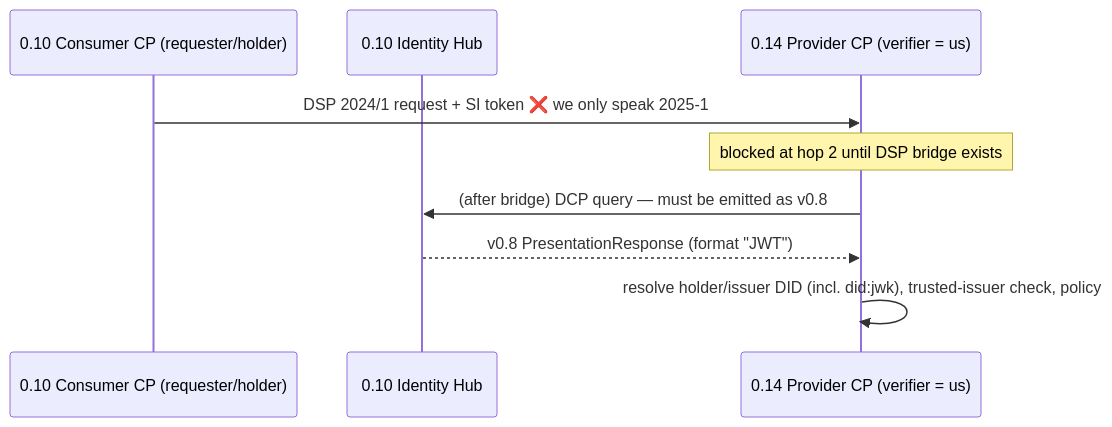
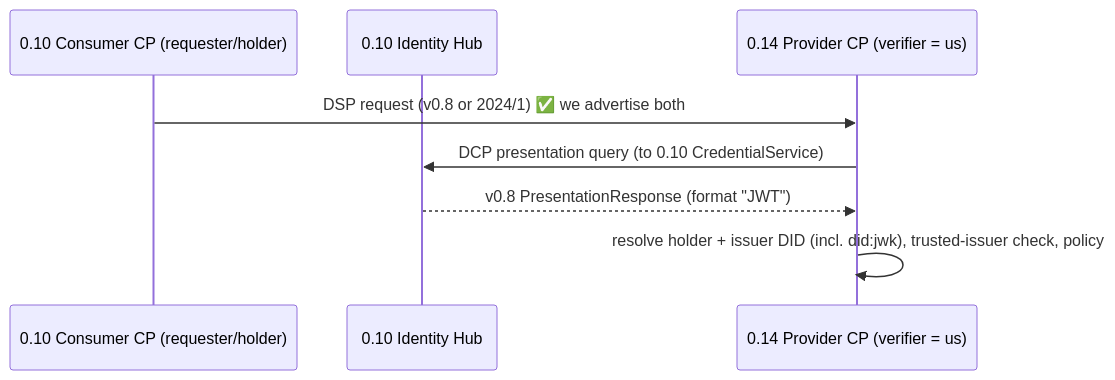
The second of 3 diagrams in docs/interop/edc-0.10-to-0.14-credential-validation.md (Eona-X/dataspace-ecosystem), drawn with Mermaid before and after one commit. The commit also changed other lines of this file, not shown here.

First line of the commit message:
docs: correct DSP-version finding — 0.14 ships v0.8+2024/1+2025-1

````diff
--- a/docs/interop/edc-0.10-to-0.14-credential-validation.md
+++ b/docs/interop/edc-0.10-to-0.14-credential-validation.md
@@ -83,12 +107,11 @@
 ```mermaid
 sequenceDiagram
     participant C10 as 0.10 Consumer CP (requester/holder)
     participant C10IH as 0.10 Identity Hub
     participant P14 as 0.14 Provider CP (verifier = us)
 
-    C10->>P14: DSP 2024/1 request + SI token   ❌ we only speak 2025-1
-    Note over P14: blocked at hop 2 until DSP bridge exists
-    P14->>C10IH: (after bridge) DCP query — must be emitted as v0.8
+    C10->>P14: DSP request (v0.8 or 2024/1)   ✅ we advertise both
+    P14->>C10IH: DCP presentation query (to 0.10 CredentialService)
     C10IH-->>P14: v0.8 PresentationResponse (format "JWT")
-    P14->>P14: resolve holder/issuer DID (incl. did:jwk), trusted-issuer check, policy
+    P14->>P14: resolve holder + issuer DID (incl. did:jwk), trusted-issuer check, policy
 ```
````
